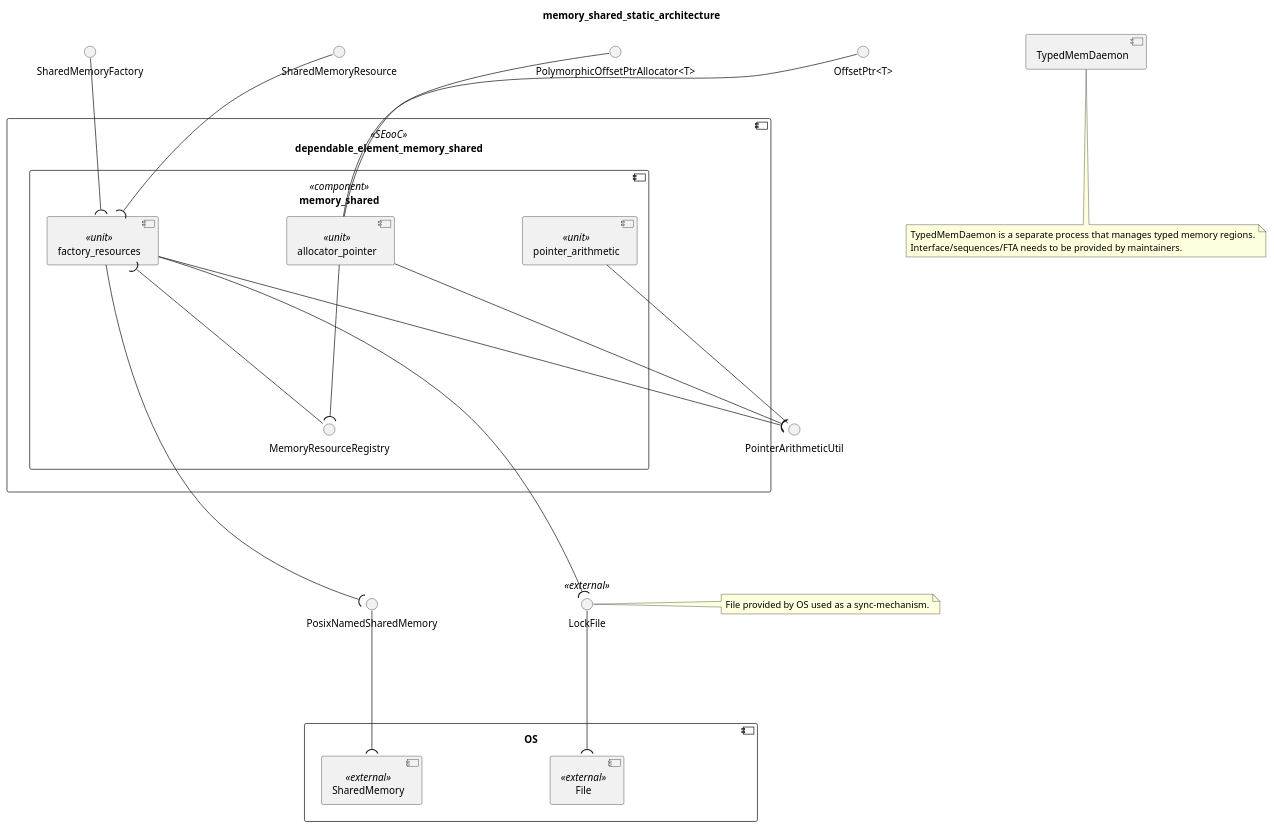
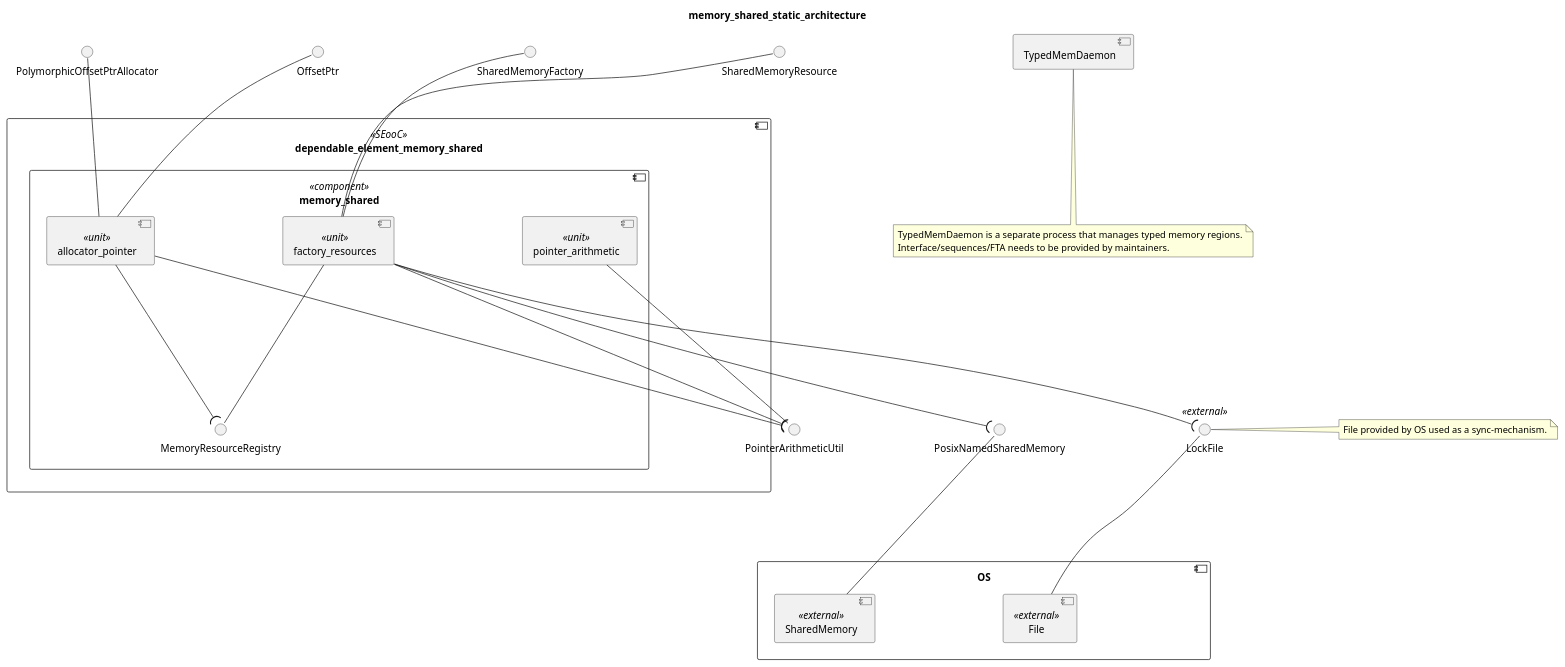
One commit to eclipse-score/communication changed the diagram in score/memory/shared/dependability/architectural_design/static_design/overall.puml. Above: the diagram before and after it, drawn with PlantUML. The commit also changed 1 other file, not shown here.

Commit message:
Fix UML syntax

```diff
--- a/score/memory/shared/dependability/architectural_design/static_design/overall.puml
+++ b/score/memory/shared/dependability/architectural_design/static_design/overall.puml
@@ -13,98 +13,94 @@
 @startuml overall
 title "memory_shared_static_architecture"
 skinparam nodesep 180
 skinparam ranksep 200
 
 ' Public API provided/required by unit "factory_resources" (see
 ' score/memory/shared/dependability/public_api.puml for the full class diagram).
 interface SharedMemoryResource
 interface SharedMemoryFactory
 interface LockFile <<external>>
 note right of LockFile : File provided by OS used as a sync-mechanism.
 
 interface PosixNamedSharedMemory
 
 ' Public API provided by unit "allocator_pointer" (see
 ' score/memory/shared/dependability/public_api.puml for the full class diagram).
-interface "OffsetPtr<T>" as OffsetPtr
-interface "PolymorphicOffsetPtrAllocator<T>" as PolymorphicOffsetPtrAllocator
+interface OffsetPtr
+interface PolymorphicOffsetPtrAllocator
 
 ' Public API provided by unit "pointer_arithmetic" (see
 ' score/memory/shared/dependability/public_api.puml for the full class diagram). On C++ level
 ' this is a set of free-standing functions (pointer_arithmetic_util.h), aggregated here into a
 ' single interface for the same reason as in public_api.puml.
 interface PointerArithmeticUtil
 
 component dependable_element_memory_shared <<SEooC>>  {
 
    component memory_shared <<component>> {
       ' "together" keeps factory_resources and allocator_pointer rendered as direct neighbors
       ' (they share the internal MemoryResourceRegistry API), independent of pointer_arithmetic,
       ' which is only loosely coupled to both via PointerArithmeticUtil.
       together {
       component factory_resources <<unit>>
-      factory_resources )-u- SharedMemoryResource
-      factory_resources )-u- SharedMemoryFactory
+      factory_resources -u- SharedMemoryResource
+      factory_resources -u- SharedMemoryFactory
       factory_resources -d-( LockFile
       factory_resources -d-( PosixNamedSharedMemory
       factory_resources -r-( PointerArithmeticUtil
 
 
       ' Internal API: provided by "factory_resources", used only by "allocator_pointer" within
       ' memory_shared (see score/memory/shared/BUILD, target "memory_resource_registry"); not
       ' part of the public API (not in public_api.puml), so it is nested here rather than
       ' declared top-level and is not connected to the SEooC boundary below.
       interface MemoryResourceRegistry
-      factory_resources )-d- MemoryResourceRegistry
+      factory_resources -d- MemoryResourceRegistry
 
       component allocator_pointer <<unit>>
       allocator_pointer -u- OffsetPtr
       allocator_pointer -u- PolymorphicOffsetPtrAllocator
       allocator_pointer -r-( PointerArithmeticUtil
       allocator_pointer -d-( MemoryResourceRegistry
       }
 
       component pointer_arithmetic <<unit>>
       pointer_arithmetic -r- PointerArithmeticUtil
   }
 }
 
-' Layout hints only (no semantic meaning): force PosixNamedSharedMemory/LockFile
-' one rank below MemoryResourceRegistry (the box's lowest internal element), so
-' they render strictly below dependable_element_memory_shared instead of level
-' with its bottom edge, and anchor OS directly below them in turn.
-MemoryResourceRegistry -[hidden]d- PosixNamedSharedMemory
-MemoryResourceRegistry -[hidden]d- LockFile
-PosixNamedSharedMemory -[hidden]r- LockFile
+' Layout hints only (no semantic meaning): PosixNamedSharedMemory/LockFile are placed below the
+' SEooC box (see the hidden links at the end of this file) and OS directly below them in turn.
+' The parser rejects links between two interfaces, so the hints are anchored on components.
 PosixNamedSharedMemory -[hidden]d- OS
 LockFile -[hidden]d- OS
-allocator_pointer -[hidden]d- OS
 allocator_pointer -[hidden]d- OS
 
 component OS {
    component SharedMemory <<external>>
-   SharedMemory )-u- PosixNamedSharedMemory
+   SharedMemory -u- PosixNamedSharedMemory
 
 
    component File <<external>>
-   File )-u- LockFile
+   File -u- LockFile
 }
 
 component TypedMemDaemon {
 }
 
 note bottom of TypedMemDaemon
 TypedMemDaemon is a separate process that manages typed memory regions.
 Interface/sequences/FTA needs to be provided by maintainers.
 end note
 ' SEooC boundary relations (not drawn; the interfaces/classes above cross the boundary, see
 ' score-architecture skill / component_public_api validator: a public API interface must be
 ' both declared top-level here and connected (any relation) from the SEooC itself).
 dependable_element_memory_shared -[hidden]- SharedMemoryResource
 dependable_element_memory_shared -[hidden]- SharedMemoryFactory
-dependable_element_memory_shared -[hidden]- LockFile
+dependable_element_memory_shared -[hidden]d- LockFile
+dependable_element_memory_shared -[hidden]d- PosixNamedSharedMemory
 dependable_element_memory_shared -[hidden]- OffsetPtr
 dependable_element_memory_shared -[hidden]- PolymorphicOffsetPtrAllocator
 dependable_element_memory_shared -[hidden]- PointerArithmeticUtil
 
 @enduml
```
